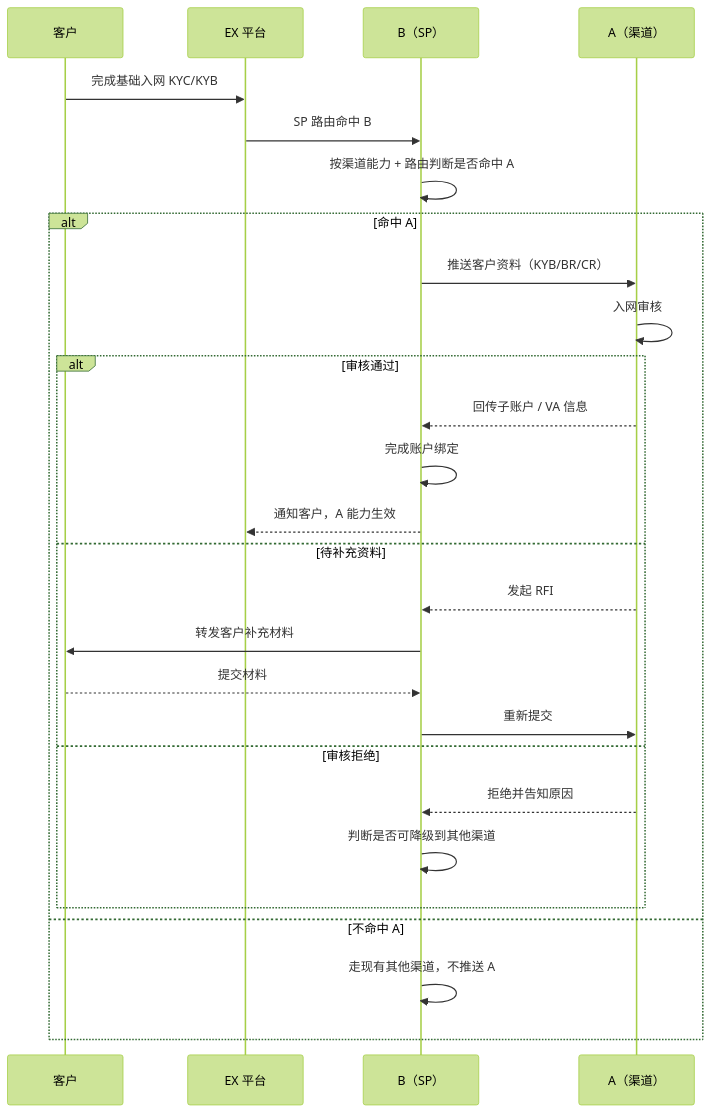
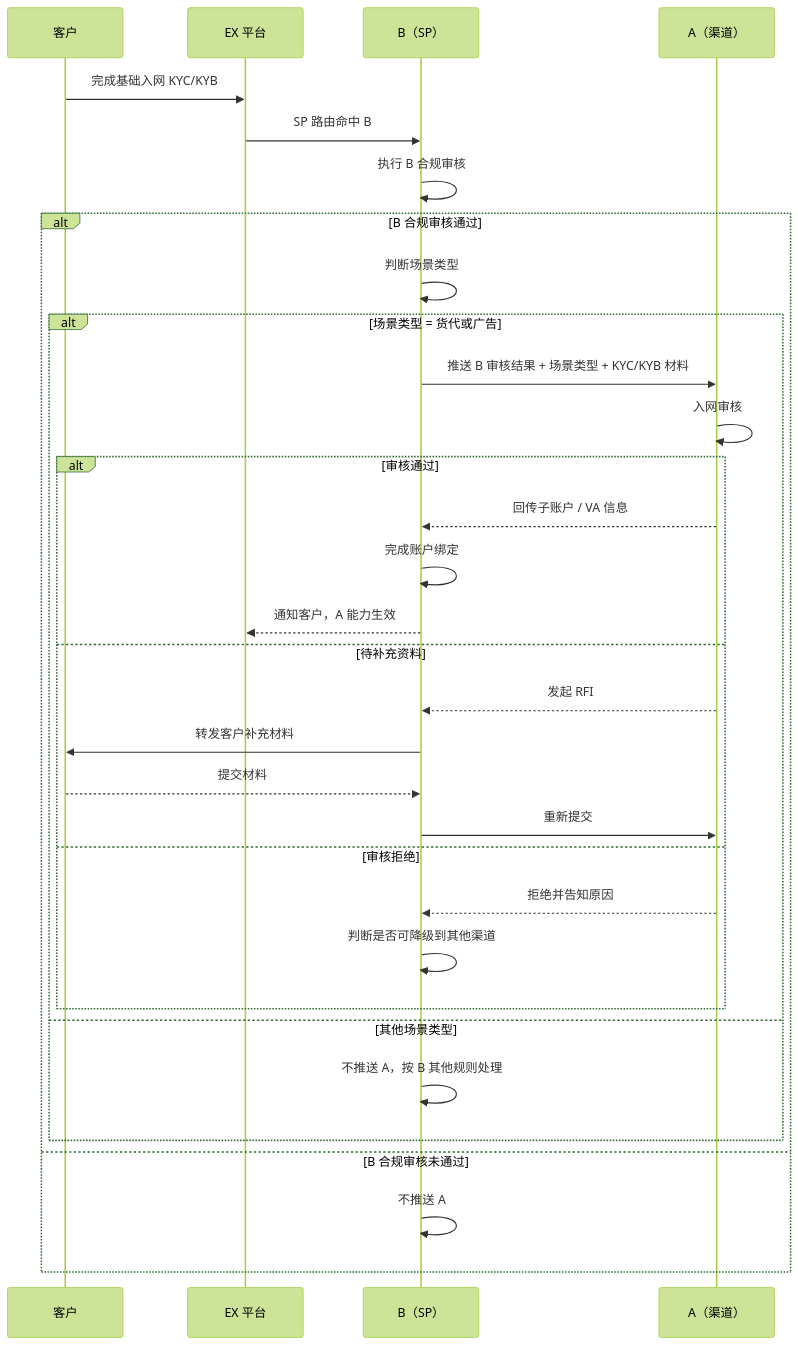
Before and after one commit to xiaoxiaoangie/EX-NEW: the second of 2 diagrams in ABSolutions/B-A/AB互通-入网方案.md, drawn with Mermaid (forest theme). The commit also changed other lines of this file and 20 other files, not shown here.

````diff
--- a/ABSolutions/B-A/AB互通-入网方案.md
+++ b/ABSolutions/B-A/AB互通-入网方案.md
@@ -63,29 +66,34 @@
 ```mermaid
 sequenceDiagram
     participant C as 客户
     participant EX as EX 平台
     participant B as B（SP）
     participant A as A（渠道）
     C->>EX: 完成基础入网 KYC/KYB
     EX->>B: SP 路由命中 B
-    B->>B: 按渠道能力 + 路由判断是否命中 A
-    alt 命中 A
-        B->>A: 推送客户资料（KYB/BR/CR）
-        A->>A: 入网审核
-        alt 审核通过
-            A-->>B: 回传子账户 / VA 信息
-            B->>B: 完成账户绑定
-            B-->>EX: 通知客户，A 能力生效
-        else 待补充资料
-            A-->>B: 发起 RFI
-            B->>C: 转发客户补充材料
-            C-->>B: 提交材料
-            B->>A: 重新提交
-        else 审核拒绝
-            A-->>B: 拒绝并告知原因
-            B->>B: 判断是否可降级到其他渠道
+    B->>B: 执行 B 合规审核
+    alt B 合规审核通过
+        B->>B: 判断场景类型
+        alt 场景类型 = 货代或广告
+            B->>A: 推送 B 审核结果 + 场景类型 + KYC/KYB 材料
+            A->>A: 入网审核
+            alt 审核通过
+                A-->>B: 回传子账户 / VA 信息
+                B->>B: 完成账户绑定
+                B-->>EX: 通知客户，A 能力生效
+            else 待补充资料
+                A-->>B: 发起 RFI
+                B->>C: 转发客户补充材料
+                C-->>B: 提交材料
+                B->>A: 重新提交
+            else 审核拒绝
+                A-->>B: 拒绝并告知原因
+                B->>B: 判断是否可降级到其他渠道
+            end
+        else 其他场景类型
+            B->>B: 不推送 A，按 B 其他规则处理
         end
-    else 不命中 A
-        B->>B: 走现有其他渠道，不推送 A
+    else B 合规审核未通过
+        B->>B: 不推送 A
     end
 ```
````
